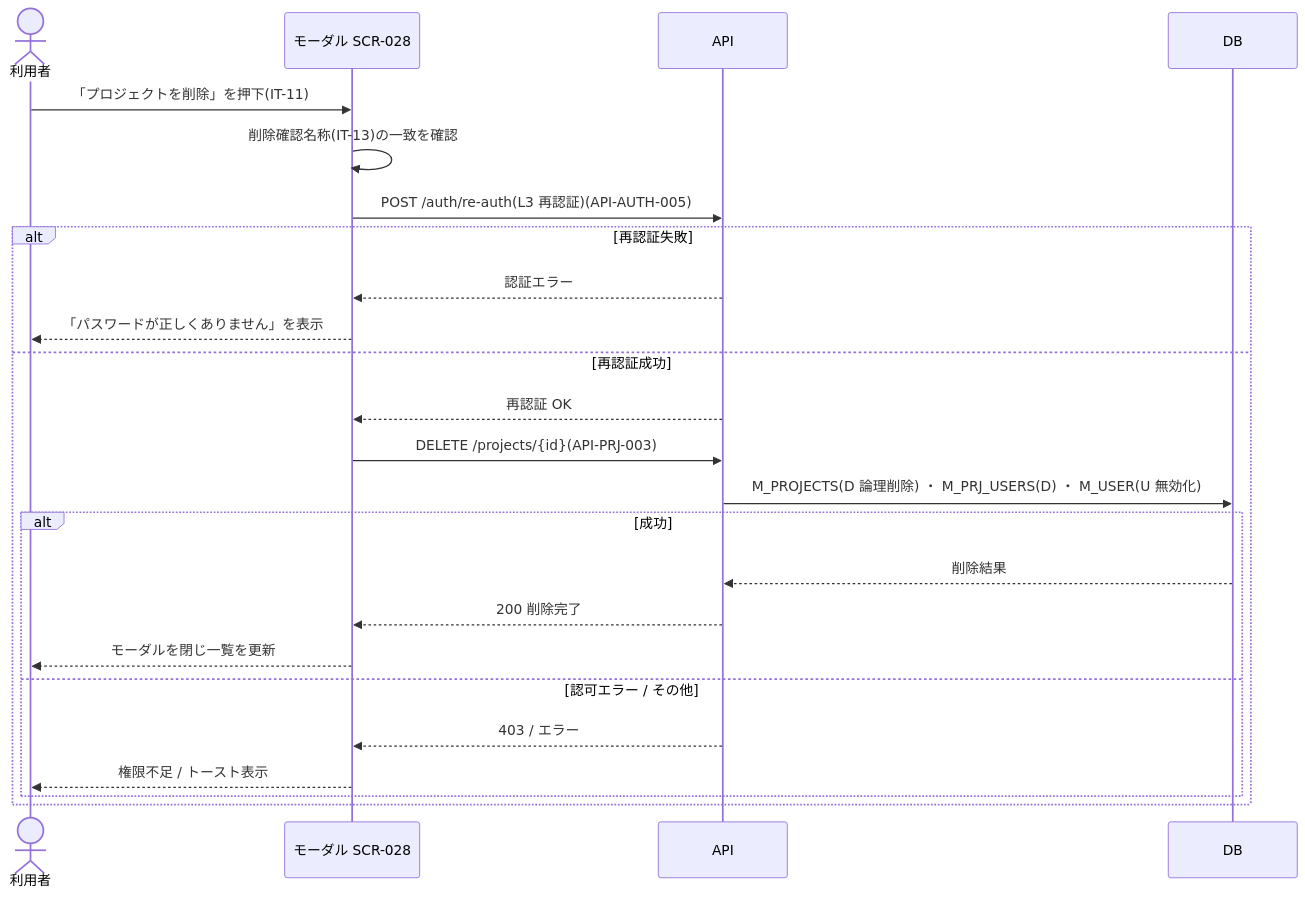
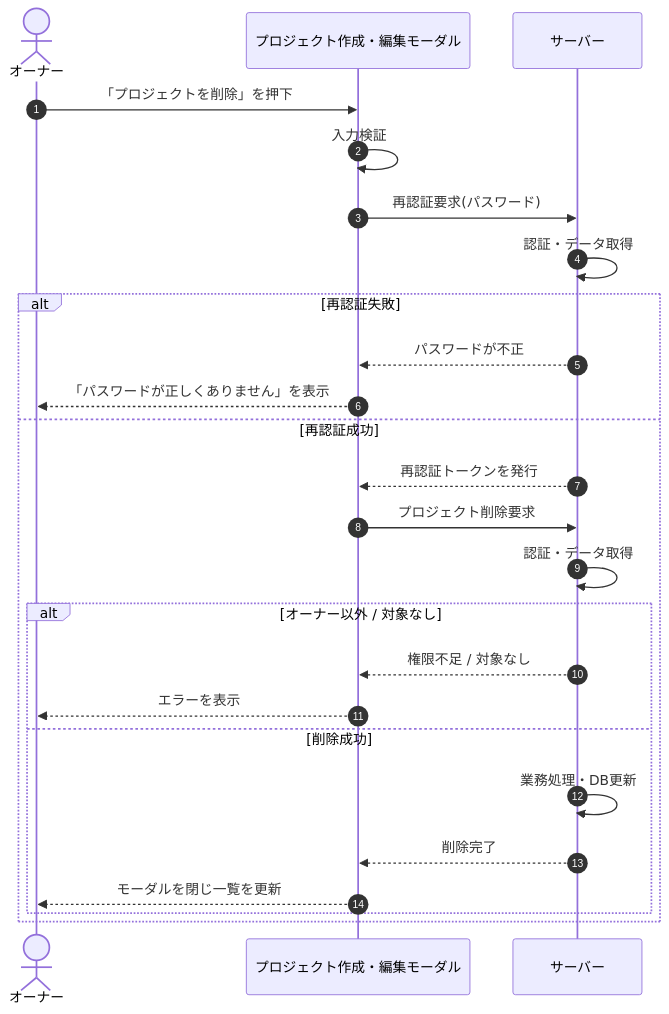
One commit to sikakou54/open-faq changed the diagram in 02_basic_design/05_sequences/SEQ-014.md. Above: the diagram before and after it, drawn with Mermaid. The commit also changed other lines of this file and 108 other files, not shown here.

First line of the commit message:
基本設計: シーケンス図を基本設計粒度(ユーザー/画面/サーバー)へ再編成

````diff
--- a/02_basic_design/05_sequences/SEQ-014.md
+++ b/02_basic_design/05_sequences/SEQ-014.md
@@ -25,26 +32,27 @@
 ```mermaid
 sequenceDiagram
-  actor U as 利用者
-  participant S as モーダル SCR-028
-  participant API as API
-  participant DB as DB
-  U->>S: 「プロジェクトを削除」を押下(IT-11)
-  S->>S: 削除確認名称(IT-13)の一致を確認
-  S->>API: POST /auth/re-auth(L3 再認証)(API-AUTH-005)
+  autonumber
+  actor U as オーナー
+  participant Screen as プロジェクト作成・編集モーダル
+  participant Server as サーバー
+  U->>Screen: 「プロジェクトを削除」を押下
+  Screen->>Screen: 入力検証
+  Screen->>Server: 再認証要求(パスワード)
+  Server->>Server: 認証・データ取得
   alt 再認証失敗
-    API-->>S: 認証エラー
-    S-->>U: 「パスワードが正しくありません」を表示
+    Server-->>Screen: パスワードが不正
+    Screen-->>U: 「パスワードが正しくありません」を表示
   else 再認証成功
-    API-->>S: 再認証 OK
-    S->>API: DELETE /projects/{id}(API-PRJ-003)
-    API->>DB: M_PROJECTS(D 論理削除) ・ M_PRJ_USERS(D) ・ M_USER(U 無効化)
-    alt 成功
-      DB-->>API: 削除結果
-      API-->>S: 200 削除完了
-      S-->>U: モーダルを閉じ一覧を更新
-    else 認可エラー / その他
-      API-->>S: 403 / エラー
-      S-->>U: 権限不足 / トースト表示
+    Server-->>Screen: 再認証トークンを発行
+    Screen->>Server: プロジェクト削除要求
+    Server->>Server: 認証・データ取得
+    alt オーナー以外 / 対象なし
+      Server-->>Screen: 権限不足 / 対象なし
+      Screen-->>U: エラーを表示
+    else 削除成功
+      Server->>Server: 業務処理・DB更新
+      Server-->>Screen: 削除完了
+      Screen-->>U: モーダルを閉じ一覧を更新
     end
   end
 ```
````
